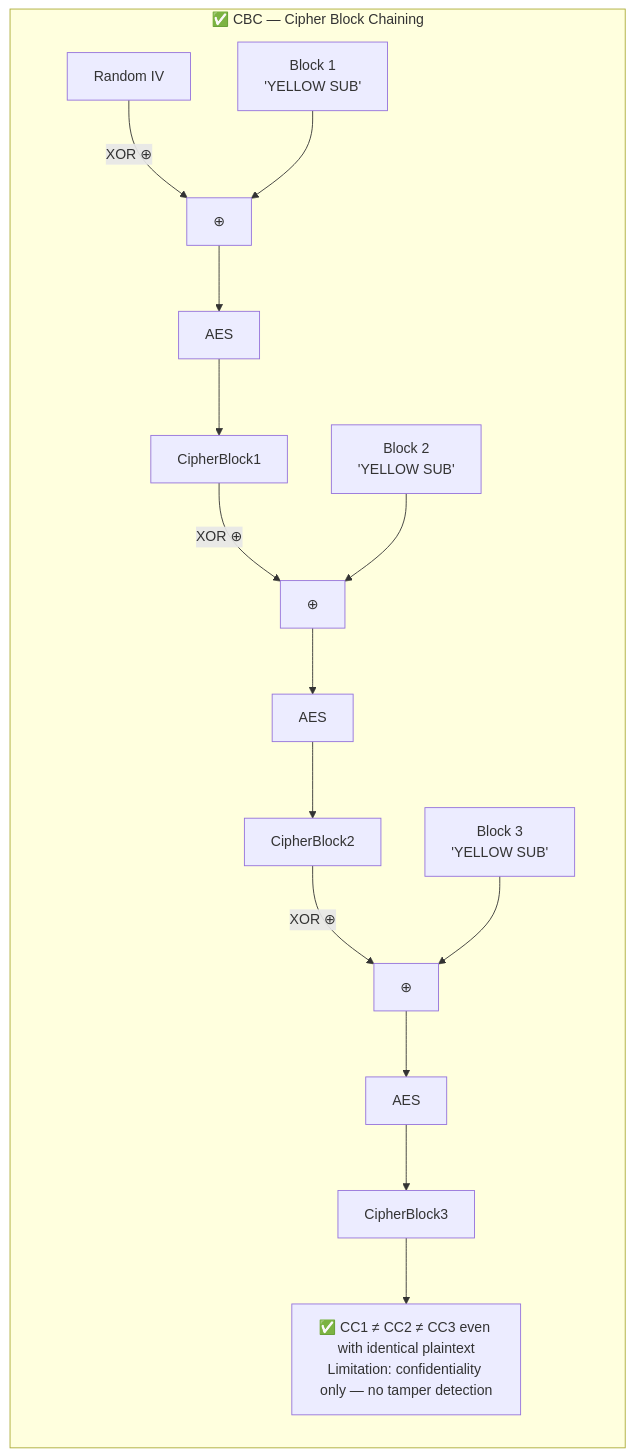
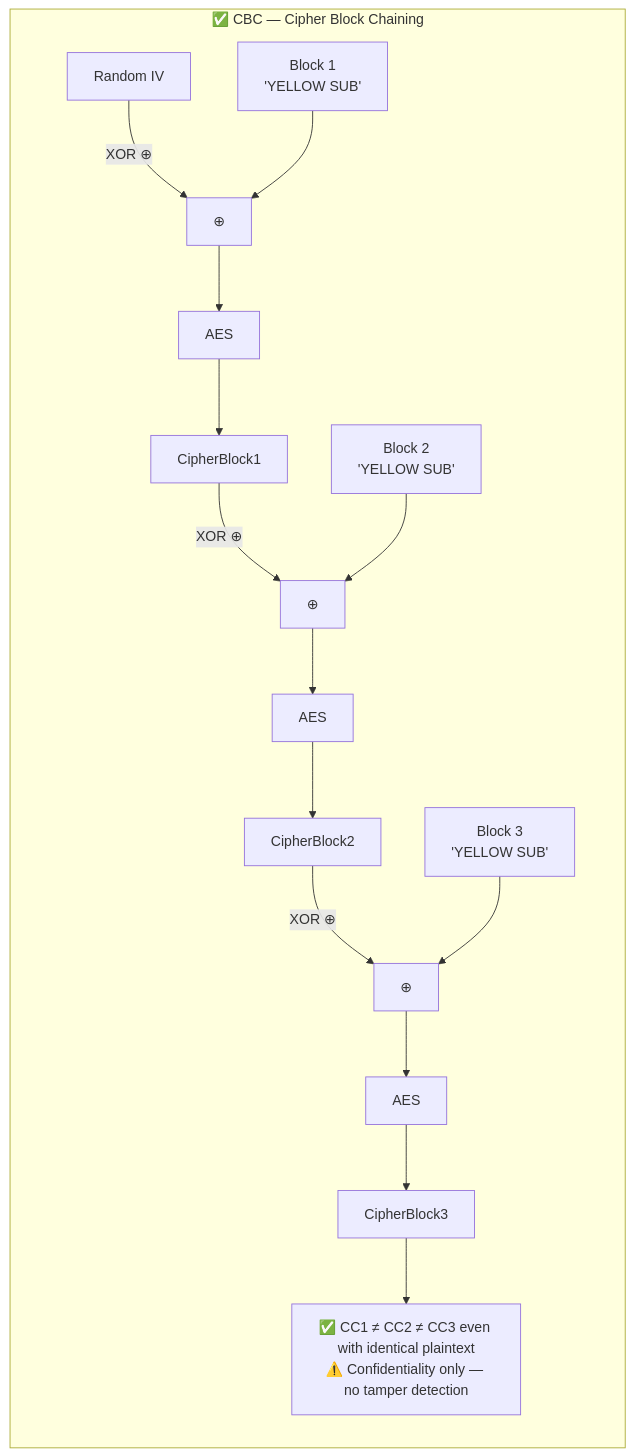
Before and after one commit to csoares/SecurityJava: the second of 4 diagrams in src/main/java/security/encryption/modes/README.md, drawn with Mermaid. The commit also changed other lines of this file and 10 other files, not shown here.

Commit message:
Refine README diagrams and descriptions for clarity and accuracy

````diff
--- a/src/main/java/security/encryption/modes/README.md
+++ b/src/main/java/security/encryption/modes/README.md
@@ -28,12 +28,12 @@
 ```mermaid
 flowchart LR
     subgraph CBC ["✅ CBC — Cipher Block Chaining"]
         IV1["Random IV"] -->|"XOR ⊕"| XOR1["⊕"]
         P4["Block 1<br/>'YELLOW SUB'"] --> XOR1 --> AES4["AES"] --> CC1["CipherBlock1"]
         CC1 -->|"XOR ⊕"| XOR2["⊕"]
         P5["Block 2<br/>'YELLOW SUB'"] --> XOR2 --> AES5["AES"] --> CC2["CipherBlock2"]
         CC2 -->|"XOR ⊕"| XOR3["⊕"]
         P6["Block 3<br/>'YELLOW SUB'"] --> XOR3 --> AES6["AES"] --> CC3["CipherBlock3"]
-        CC3 --> FIX["✅ CC1 ≠ CC2 ≠ CC3 even with identical plaintext<br/>Limitation: confidentiality only — no tamper detection"]
+        CC3 --> FIX["✅ CC1 ≠ CC2 ≠ CC3 even with identical plaintext<br/>⚠️ Confidentiality only — no tamper detection"]
     end
 ```
````
